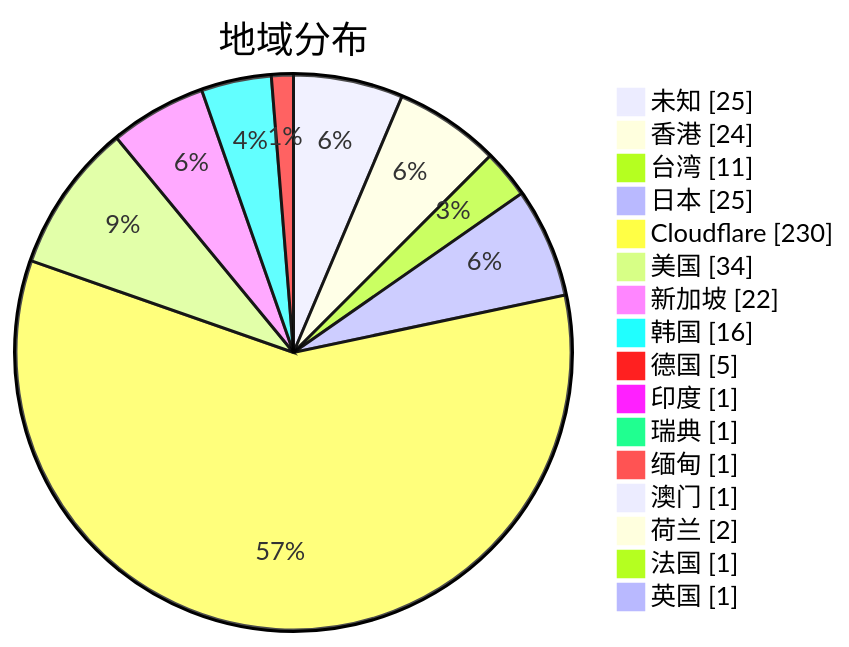
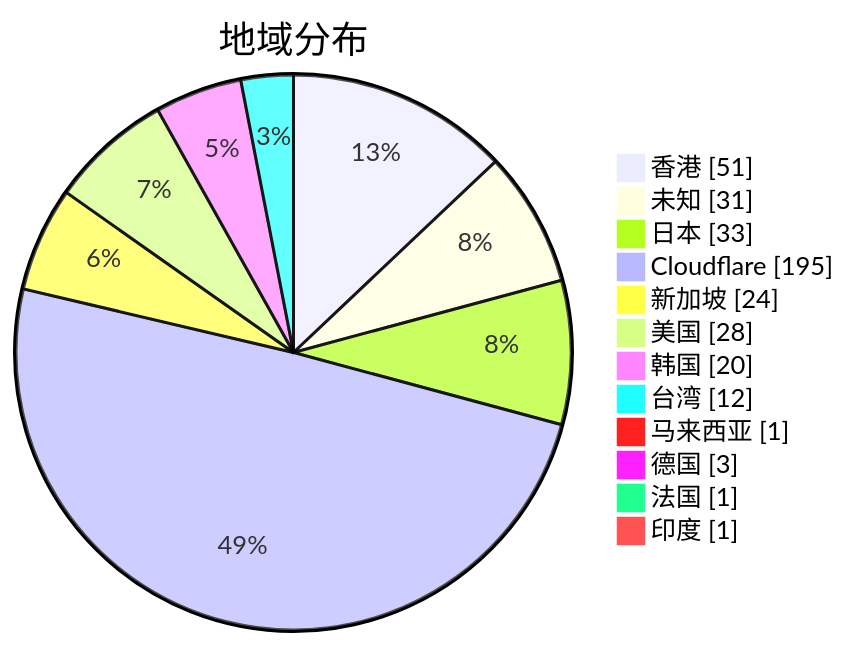
One commit to qjlxg/airport changed the second of 3 diagrams in subs/statistics/tested_within.md. Above: the diagram before and after it, drawn with Mermaid. The commit also changed other lines of this file and 2 other files, not shown here.

````diff
--- a/subs/statistics/tested_within.md
+++ b/subs/statistics/tested_within.md
@@ -13,20 +14,16 @@
 ```mermaid
 pie showData
 title 地域分布
-"未知" : 25
-"香港" : 24
-"台湾" : 11
-"日本" : 25
-"Cloudflare" : 230
-"美国" : 34
-"新加坡" : 22
-"韩国" : 16
-"德国" : 5
+"香港" : 51
+"未知" : 31
+"日本" : 33
+"Cloudflare" : 195
+"新加坡" : 24
+"美国" : 28
+"韩国" : 20
+"台湾" : 12
+"马来西亚" : 1
+"德国" : 3
+"法国" : 1
 "印度" : 1
-"瑞典" : 1
-"缅甸" : 1
-"澳门" : 1
-"荷兰" : 2
-"法国" : 1
-"英国" : 1
 ```
````
